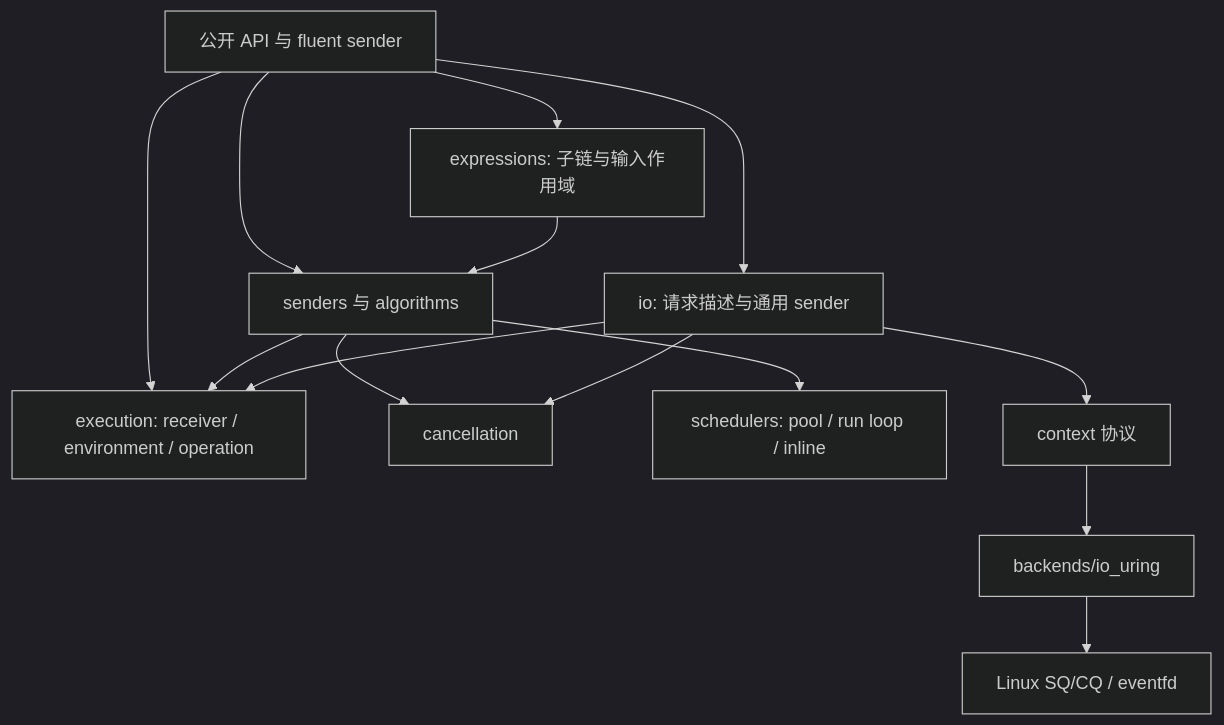
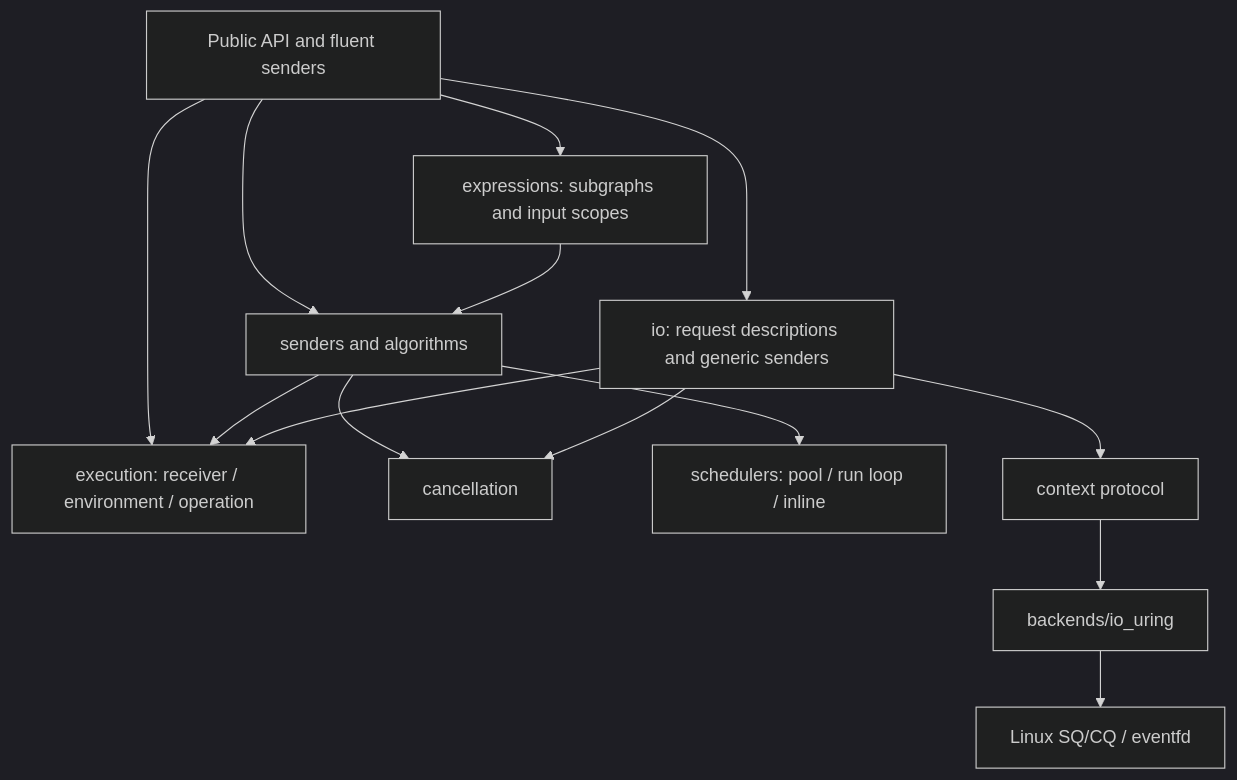
Before and after one commit to Perdixky/zigexec: the diagram in docs/design.md, drawn with Mermaid (dark theme). The commit also changed other lines of this file and 20 other files, not shown here.

````diff
--- a/docs/design.md
+++ b/docs/design.md
@@ -19,16 +30,16 @@
 ```mermaid
 flowchart TD
-    A[公开 API 与 fluent sender] --> B[execution: receiver / environment / operation]
-    A --> C[senders 与 algorithms]
-    A --> J[expressions: 子链与输入作用域]
+    A[Public API and fluent senders] --> B[execution: receiver / environment / operation]
+    A --> C[senders and algorithms]
+    A --> J[expressions: subgraphs and input scopes]
     J --> C
     C --> B
     C --> D[cancellation]
     C --> E[schedulers: pool / run loop / inline]
-    A --> F[io: 请求描述与通用 sender]
+    A --> F[io: request descriptions and generic senders]
     F --> B
     F --> D
-    F --> G[context 协议]
+    F --> G[context protocol]
     G --> H[backends/io_uring]
     H --> I[Linux SQ/CQ / eventfd]
 ```
````
